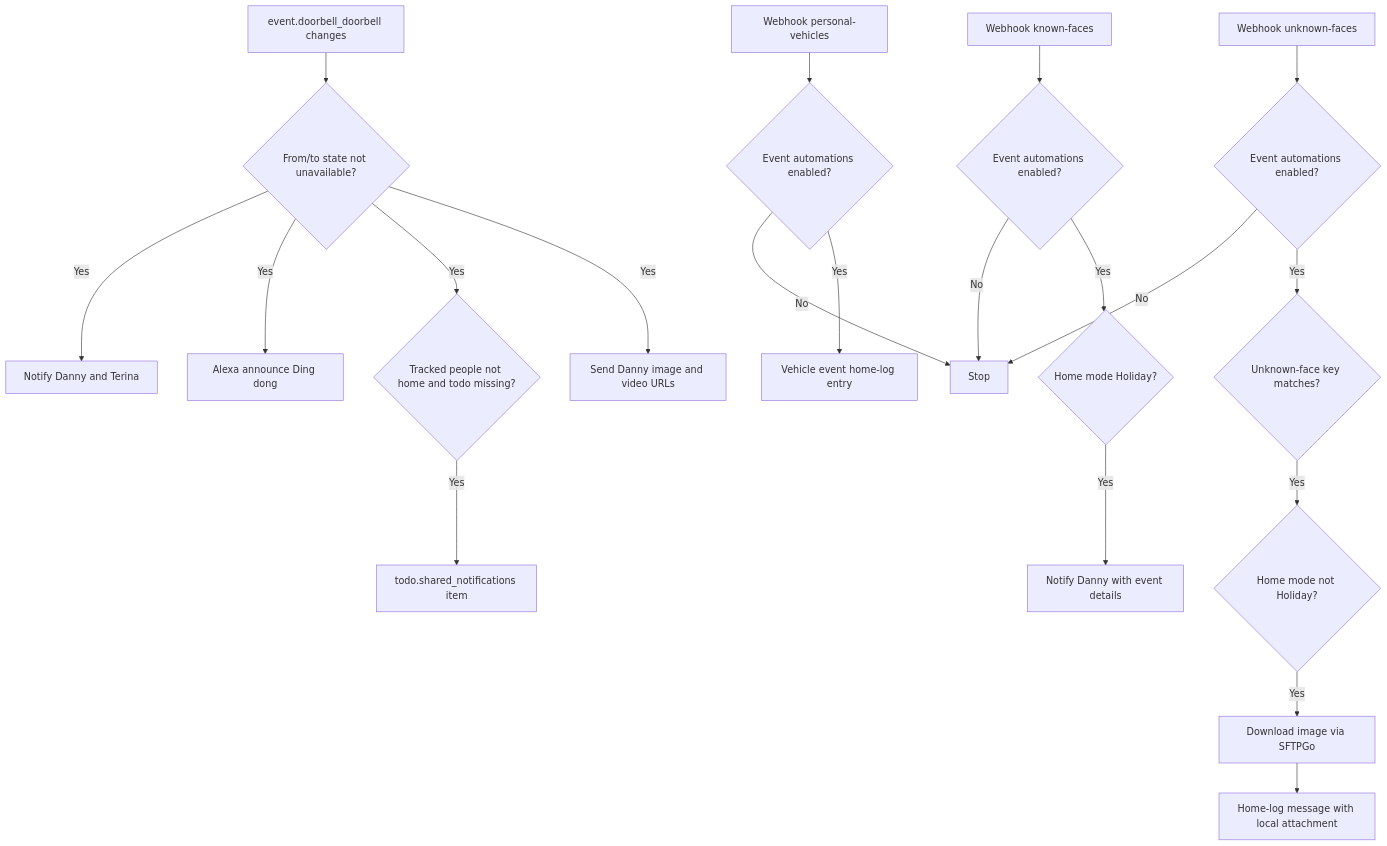
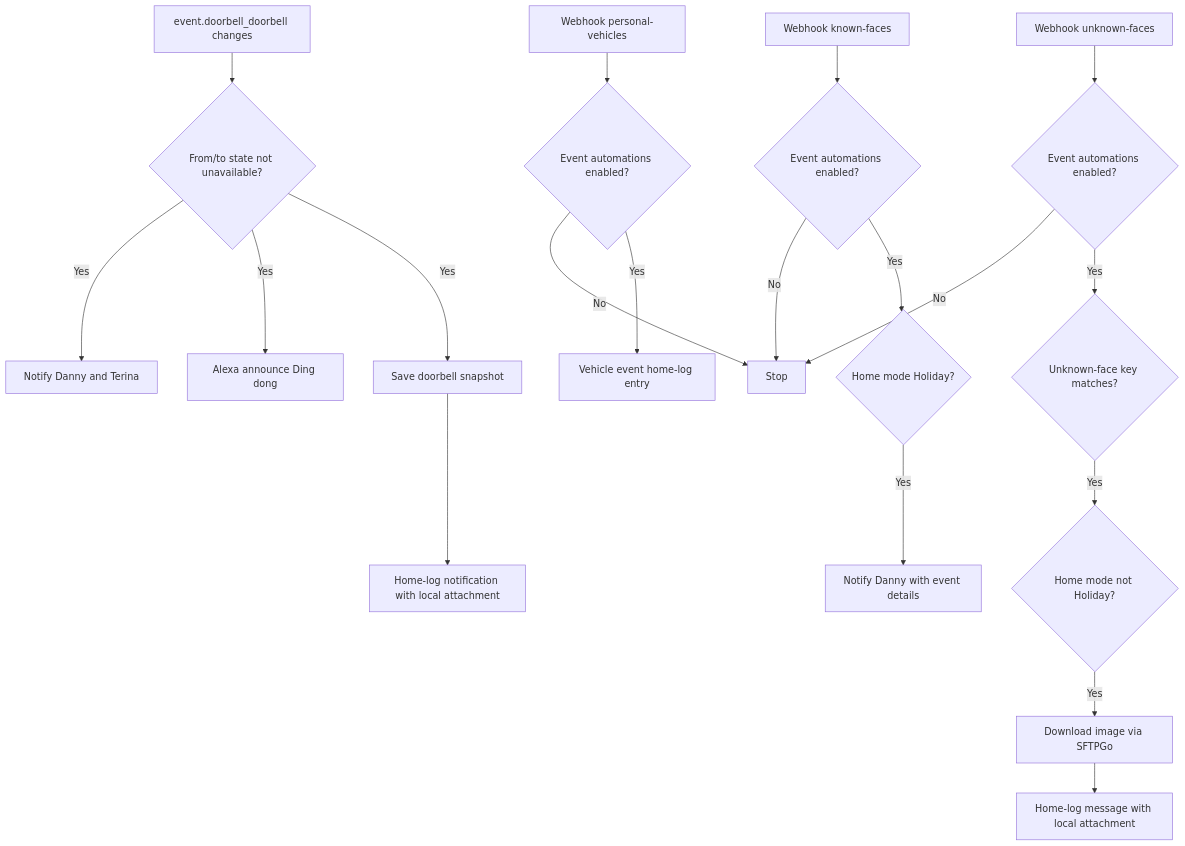
Before and after one commit to dannytsang/homeassistant-config: the first of 2 diagrams in packages/integrations/unifi_protect_README.md, drawn with Mermaid. The commit also changed other lines of this file and 8 other files, not shown here.

````diff
--- a/packages/integrations/unifi_protect_README.md
+++ b/packages/integrations/unifi_protect_README.md
@@ -25,25 +24,24 @@
 ```mermaid
 flowchart TD
     Doorbell[event.doorbell_doorbell changes] --> ValidState{From/to state not unavailable?}
     ValidState -->|Yes| DoorNotify[Notify Danny and Terina]
     ValidState -->|Yes| Alexa[Alexa announce Ding dong]
-    ValidState -->|Yes| TodoCheck{Tracked people not home and todo missing?}
-    TodoCheck -->|Yes| Todo[todo.shared_notifications item]
-    ValidState -->|Yes| MediaLinks[Send Danny image and video URLs]
+    ValidState -->|Yes| Snapshot[Save doorbell snapshot]
+    Snapshot --> HomeLog[Home-log notification with local attachment]
 
     Vehicles[Webhook personal-vehicles] --> VehicleEnabled{Event automations enabled?}
     VehicleEnabled -->|No| Stop[Stop]
     VehicleEnabled -->|Yes| VehicleLog[Vehicle event home-log entry]
 
     Known[Webhook known-faces] --> KnownEnabled{Event automations enabled?}
     KnownEnabled -->|No| Stop
     KnownEnabled -->|Yes| KnownHoliday{Home mode Holiday?}
     KnownHoliday -->|Yes| KnownNotify[Notify Danny with event details]
 
     Unknown[Webhook unknown-faces] --> UnknownEnabled{Event automations enabled?}
     UnknownEnabled -->|No| Stop
     UnknownEnabled -->|Yes| KeyCheck{Unknown-face key matches?}
     KeyCheck -->|Yes| NotHoliday{Home mode not Holiday?}
     NotHoliday -->|Yes| Download[Download image via SFTPGo]
     Download --> Attachment[Home-log message with local attachment]
 ```
````
